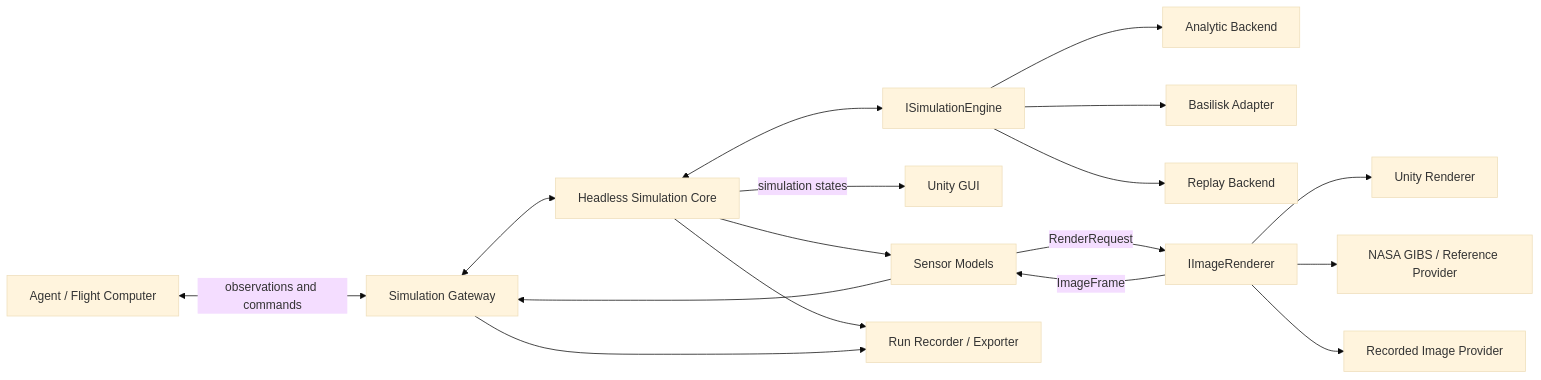
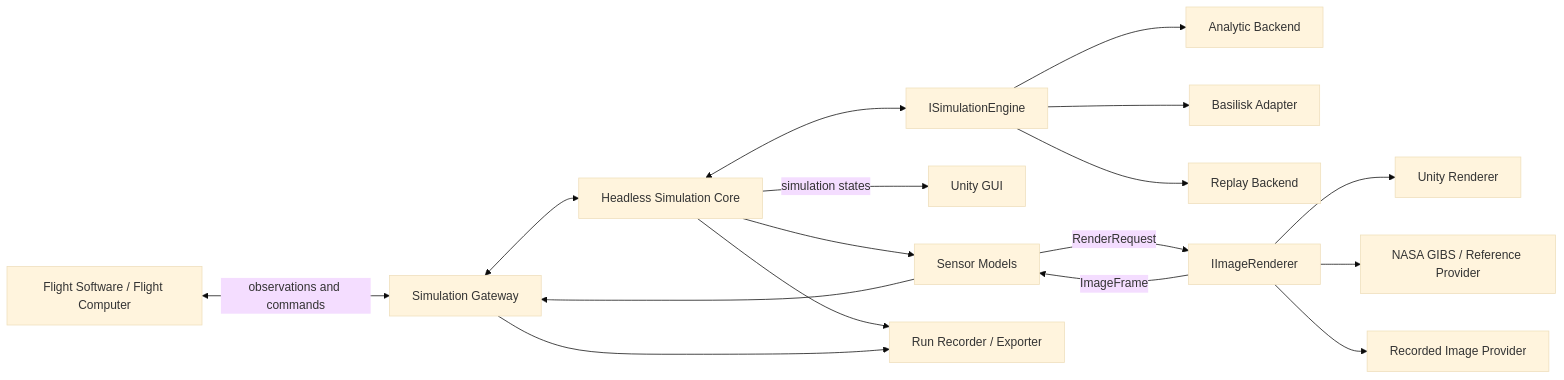
The diagram in docs/system-architecture.md (cmu-argus-2/argus_simulation), drawn with Mermaid (base theme) before and after one commit. The commit also changed other lines of this file and 2 other files, not shown here.

First line of the commit message:
docs: drop agent training from the architecture; lockstep is for SIL and tests

````diff
--- a/docs/system-architecture.md
+++ b/docs/system-architecture.md
@@ -42,22 +41,22 @@
 ```mermaid
 flowchart LR
-    Controller[Agent / Flight Computer] <-->|observations and commands| Gateway[Simulation Gateway]
+    Controller[Flight Software / Flight Computer] <-->|observations and commands| Gateway[Simulation Gateway]
     Gateway <--> Core[Headless Simulation Core]
     Core <--> Dynamics[ISimulationEngine]
     Dynamics --> Analytic[Analytic Backend]
     Dynamics --> Basilisk[Basilisk Adapter]
     Dynamics --> Replay[Replay Backend]
 
     Core -->|simulation states| Unity[Unity GUI]
     Core --> Sensors[Sensor Models]
     Sensors --> Gateway
 
     Sensors -->|RenderRequest| Renderer[IImageRenderer]
     Renderer --> UnityRenderer[Unity Renderer]
     Renderer --> GibsRenderer[NASA GIBS / Reference Provider]
     Renderer --> ReplayRenderer[Recorded Image Provider]
     Renderer -->|ImageFrame| Sensors
 
     Core --> Recorder[Run Recorder / Exporter]
     Gateway --> Recorder
 ```
````
